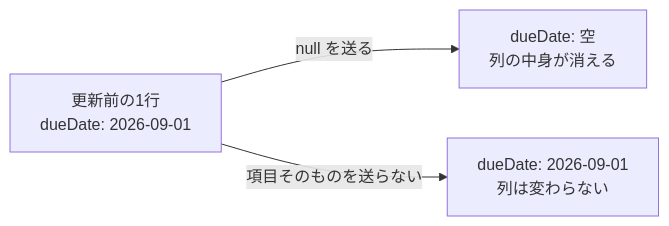
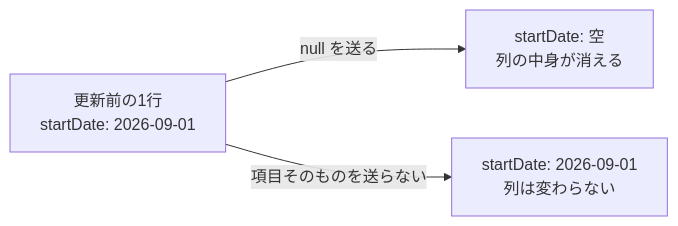
Before and after one commit to kouiso/task-app: the second of 3 diagrams in material/30days-curriculum/day11_プロジェクト編集・削除.md, drawn with Mermaid. The commit also changed other lines of this file and 250 other files, not shown here.

````diff
--- a/material/30days-curriculum/day11_プロジェクト編集・削除.md
+++ b/material/30days-curriculum/day11_プロジェクト編集・削除.md
@@ -678,6 +742,6 @@
 ```mermaid
 flowchart LR
-    BEFORE["更新前の1行<br/>dueDate: 2026-09-01"]
-    BEFORE -->|"null を送る"| AFTER1["dueDate: 空<br/>列の中身が消える"]
-    BEFORE -->|"項目そのものを送らない"| AFTER2["dueDate: 2026-09-01<br/>列は変わらない"]
+    BEFORE["更新前の1行<br/>startDate: 2026-09-01"]
+    BEFORE -->|"null を送る"| AFTER1["startDate: 空<br/>列の中身が消える"]
+    BEFORE -->|"項目そのものを送らない"| AFTER2["startDate: 2026-09-01<br/>列は変わらない"]
 ```
````
